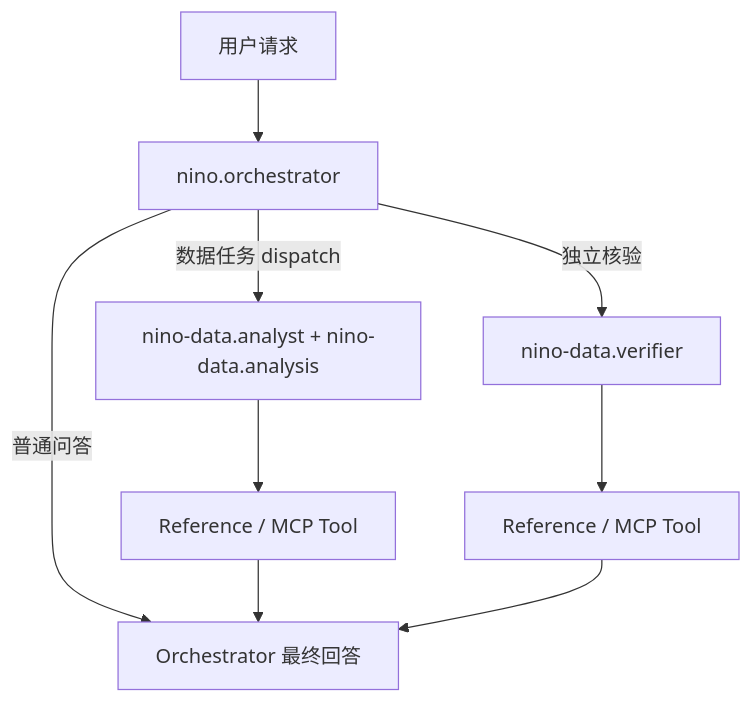
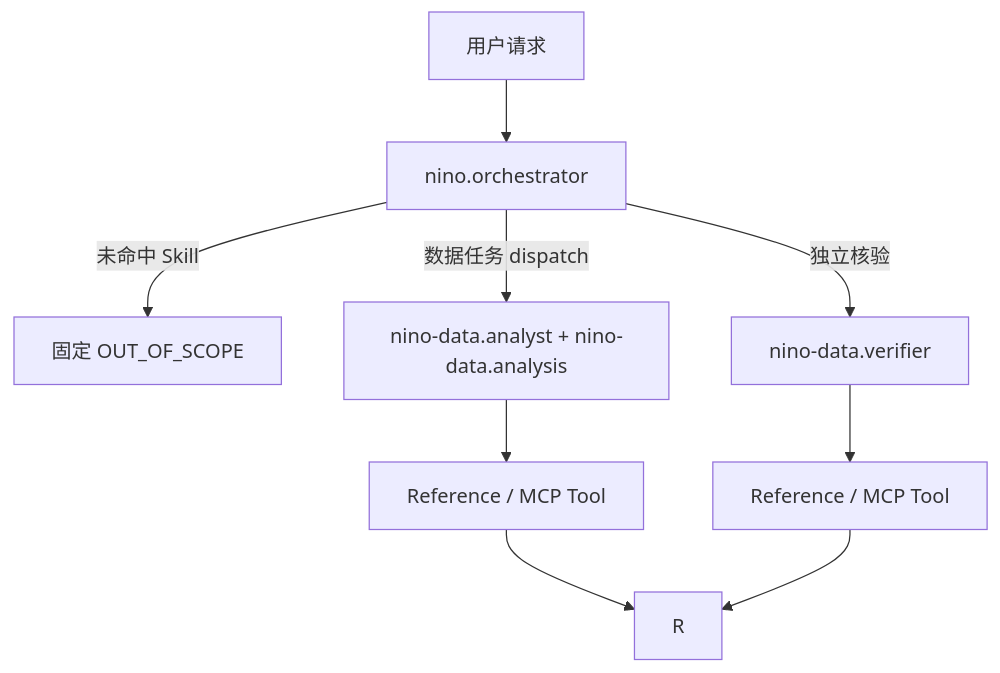
The second of 2 diagrams in doc/nino-data-agent-implementation-plan.md (KawhiWei/nino-agent), drawn with Mermaid before and after one commit. The commit also changed other lines of this file and 38 other files, not shown here.

````diff
--- a/doc/nino-data-agent-implementation-plan.md
+++ b/doc/nino-data-agent-implementation-plan.md
@@ -250,11 +251,11 @@
 ```mermaid
 flowchart TD
     U["用户请求"] --> O["nino.orchestrator"]
-    O -->|"普通问答"| R["Orchestrator 最终回答"]
+    O -->|"未命中 Skill"| X["固定 OUT_OF_SCOPE"]
     O -->|"数据任务 dispatch"| A["nino-data.analyst + nino-data.analysis"]
     A --> AT["Reference / MCP Tool"]
     O -->|"独立核验"| V["nino-data.verifier"]
     V --> VT["Reference / MCP Tool"]
     AT --> R
     VT --> R
 ```
````
